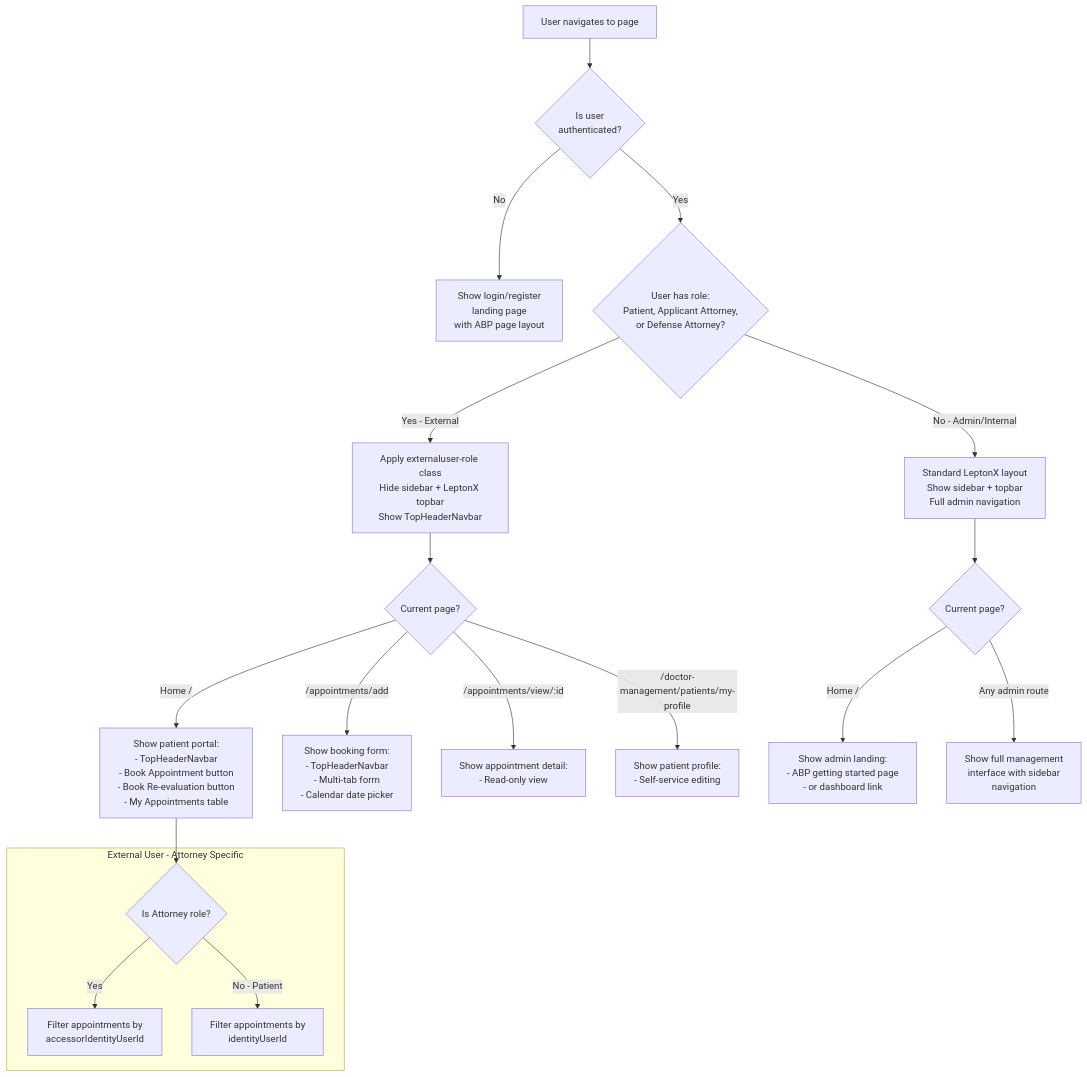
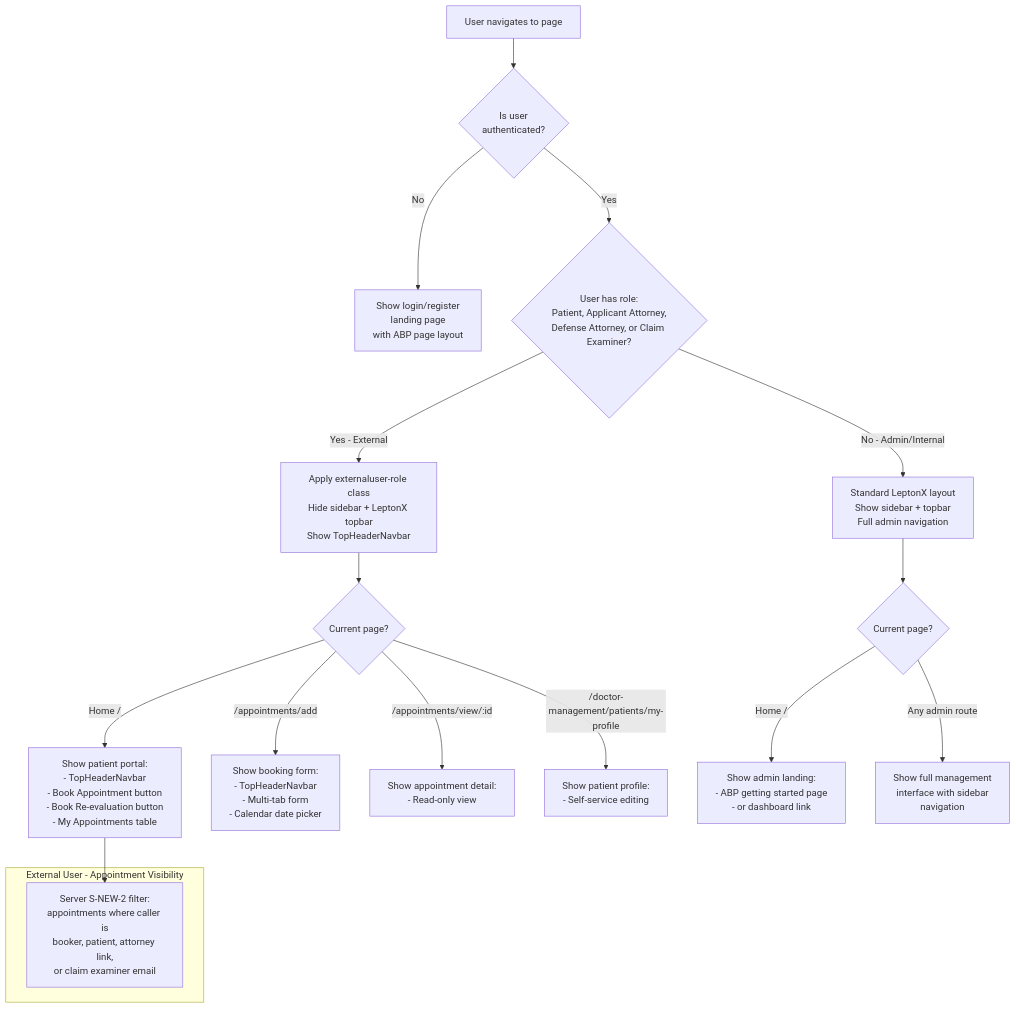
The diagram in docs/frontend/ROLE-BASED-UI.md (gesco-healthcare-support/hcs-patient-portal), drawn with Mermaid before and after one commit. The commit also changed other lines of this file and 42 other files, not shown here.

````diff
--- a/docs/frontend/ROLE-BASED-UI.md
+++ b/docs/frontend/ROLE-BASED-UI.md
@@ -132,26 +138,24 @@
 ```mermaid
 flowchart TD
     START[User navigates to page] --> AUTH{Is user<br/>authenticated?}
     AUTH -->|No| UNAUTH[Show login/register<br/>landing page<br/>with ABP page layout]
-    AUTH -->|Yes| ROLE{User has role:<br/>Patient, Applicant Attorney,<br/>or Defense Attorney?}
+    AUTH -->|Yes| ROLE{User has role:<br/>Patient, Applicant Attorney,<br/>Defense Attorney, or Claim Examiner?}
     ROLE -->|Yes - External| EXT_SETUP[Apply externaluser-role class<br/>Hide sidebar + LeptonX topbar<br/>Show TopHeaderNavbar]
     ROLE -->|No - Admin/Internal| ADMIN_SETUP[Standard LeptonX layout<br/>Show sidebar + topbar<br/>Full admin navigation]
 
     EXT_SETUP --> EXT_HOME{Current page?}
     EXT_HOME -->|Home /| EXT_HOME_PAGE[Show patient portal:<br/>- TopHeaderNavbar<br/>- Book Appointment button<br/>- Book Re-evaluation button<br/>- My Appointments table]
     EXT_HOME -->|/appointments/add| EXT_BOOK[Show booking form:<br/>- TopHeaderNavbar<br/>- Multi-tab form<br/>- Calendar date picker]
     EXT_HOME -->|/appointments/view/:id| EXT_VIEW[Show appointment detail:<br/>- Read-only view]
     EXT_HOME -->|/doctor-management/patients/my-profile| EXT_PROF[Show patient profile:<br/>- Self-service editing]
 
     ADMIN_SETUP --> ADMIN_HOME{Current page?}
     ADMIN_HOME -->|Home /| ADMIN_LANDING[Show admin landing:<br/>- ABP getting started page<br/>- or dashboard link]
     ADMIN_HOME -->|Any admin route| ADMIN_PAGE[Show full management<br/>interface with sidebar<br/>navigation]
 
-    subgraph "External User - Attorney Specific"
-        ATT_CHECK{Is Attorney role?}
-        ATT_CHECK -->|Yes| ATT_FILTER[Filter appointments by<br/>accessorIdentityUserId]
-        ATT_CHECK -->|No - Patient| PAT_FILTER[Filter appointments by<br/>identityUserId]
+    subgraph "External User - Appointment Visibility"
+        SRV_FILTER[Server S-NEW-2 filter:<br/>appointments where caller is<br/>booker, patient, attorney link,<br/>or claim examiner email]
     end
 
-    EXT_HOME_PAGE --> ATT_CHECK
+    EXT_HOME_PAGE --> SRV_FILTER
 ```
````
